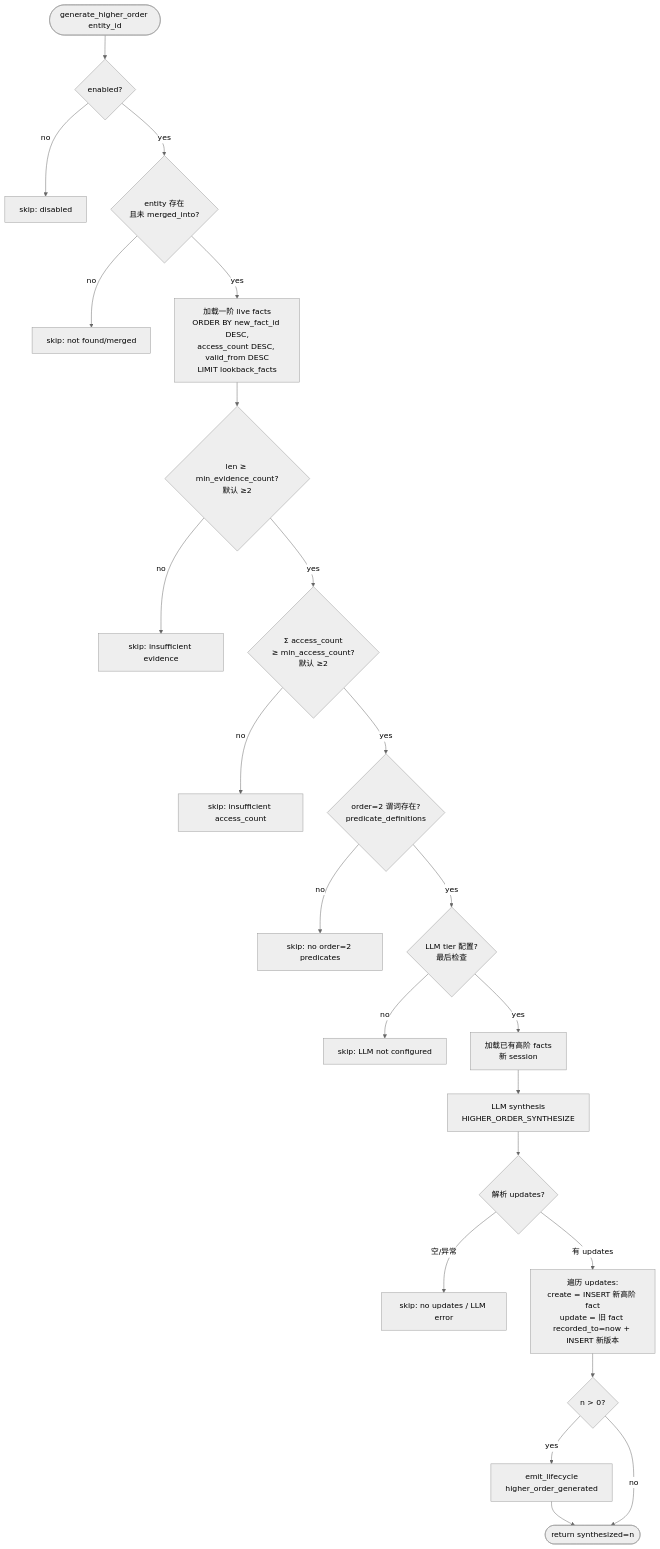
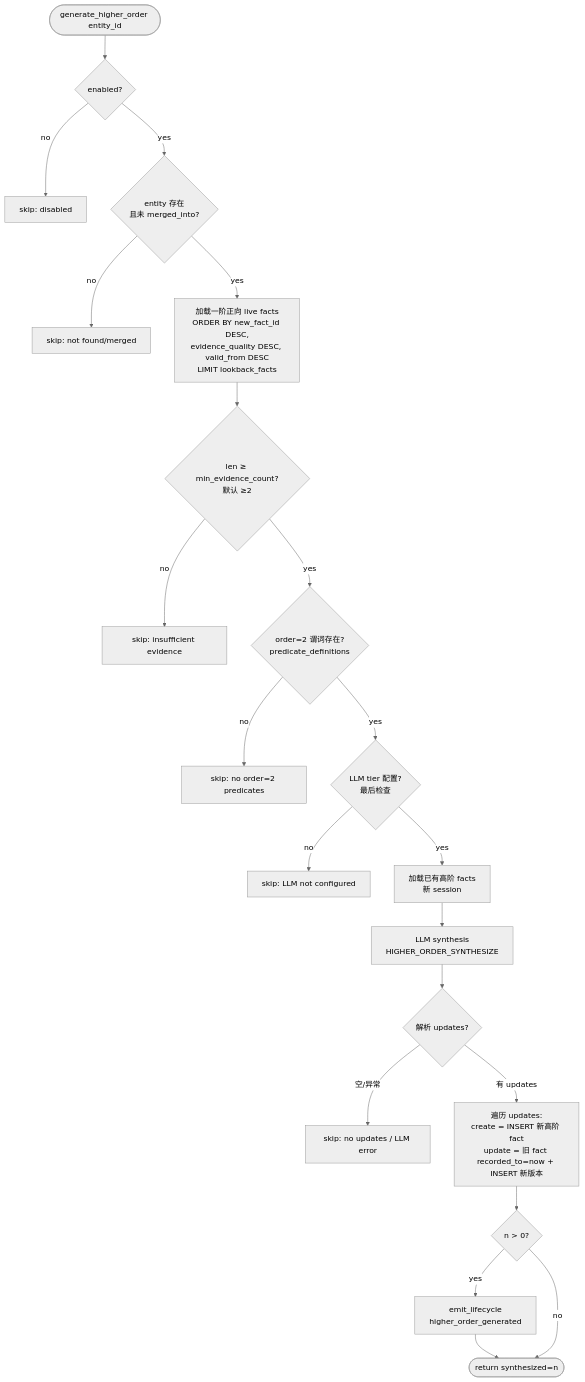
The second of 2 diagrams in source/chapters/13-higher-order.md (pty819/cortex-py-book), drawn with Mermaid (neutral theme) before and after one commit. The commit also changed other lines of this file and 16 other files, not shown here.

````diff
--- a/source/chapters/13-higher-order.md
+++ b/source/chapters/13-higher-order.md
@@ -124,25 +132,23 @@
 ```{mermaid}
 flowchart TD
     A([generate_higher_order entity_id]) --> B{enabled?}
     B -- no --> S1["skip: disabled"]
     B -- yes --> C{entity 存在<br/>且未 merged_into?}
     C -- no --> S2["skip: not found/merged"]
-    C -- yes --> D["加载一阶 live facts<br/>ORDER BY new_fact_id DESC,<br/>access_count DESC, valid_from DESC<br/>LIMIT lookback_facts"]
+    C -- yes --> D["加载一阶正向 live facts<br/>ORDER BY new_fact_id DESC,<br/>evidence_quality DESC, valid_from DESC<br/>LIMIT lookback_facts"]
     D --> E{len ≥ min_evidence_count?<br/>默认 ≥2}
     E -- no --> S3["skip: insufficient evidence"]
-    E -- yes --> F{Σ access_count<br/>≥ min_access_count?<br/>默认 ≥2}
-    F -- no --> S4["skip: insufficient access_count"]
-    F -- yes --> G{order=2 谓词存在?<br/>predicate_definitions}
+    E -- yes --> G{order=2 谓词存在?<br/>predicate_definitions}
     G -- no --> S5["skip: no order=2 predicates"]
     G -- yes --> H{LLM tier 配置?<br/>最后检查}
     H -- no --> S6["skip: LLM not configured"]
     H -- yes --> I["加载已有高阶 facts<br/>新 session"]
     I --> J["LLM synthesis<br/>HIGHER_ORDER_SYNTHESIZE"]
     J --> K{解析 updates?}
     K -- 空/异常 --> S7["skip: no updates / LLM error"]
     K -- 有 updates --> L["遍历 updates:<br/>create = INSERT 新高阶 fact<br/>update = 旧 fact recorded_to=now + INSERT 新版本"]
     L --> M{n > 0?}
     M -- yes --> N["emit_lifecycle<br/>higher_order_generated"]
     N --> O([return synthesized=n])
     M -- no --> O
 ```
````
